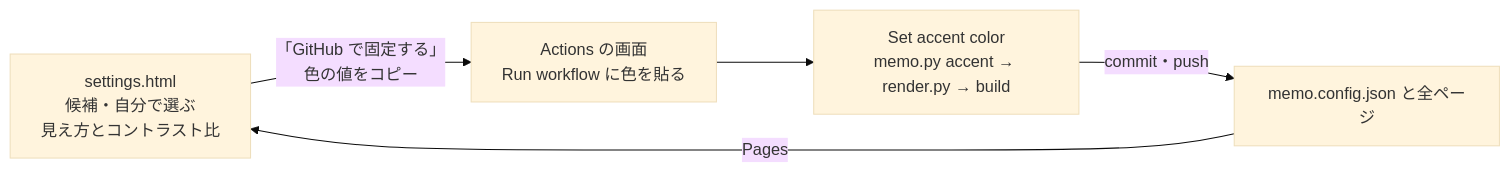
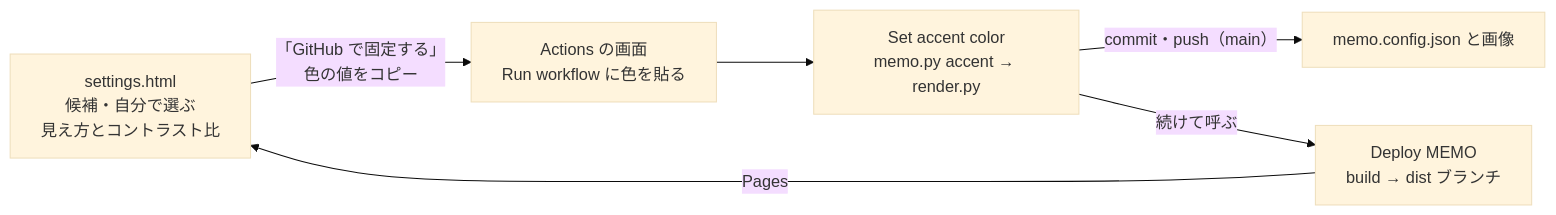
One commit to taka1156/memo changed the seventh of 10 diagrams in memo-detail.md. Above: the diagram before and after it, drawn with Mermaid (base theme). The commit also changed other lines of this file and 24 other files, not shown here.

First line of the commit message:
build を dist/ に出力し、dist ブランチにデプロイする

````diff
--- a/memo-detail.md
+++ b/memo-detail.md
@@ -385,7 +366,8 @@
 ```mermaid
 flowchart LR
   sp["settings.html<br/>候補・自分で選ぶ<br/>見え方とコントラスト比"] -->|"「GitHub で固定する」<br/>色の値をコピー"| run["Actions の画面<br/>Run workflow に色を貼る"]
-  run --> wf["Set accent color<br/>memo.py accent → render.py → build"]
-  wf -->|"commit・push"| repo["memo.config.json と全ページ"]
-  repo -->|Pages| sp
+  run --> wf["Set accent color<br/>memo.py accent → render.py"]
+  wf -->|"commit・push（main）"| repo["memo.config.json と画像"]
+  wf -->|"続けて呼ぶ"| dep["Deploy MEMO<br/>build → dist ブランチ"]
+  dep -->|Pages| sp
 ```
````
